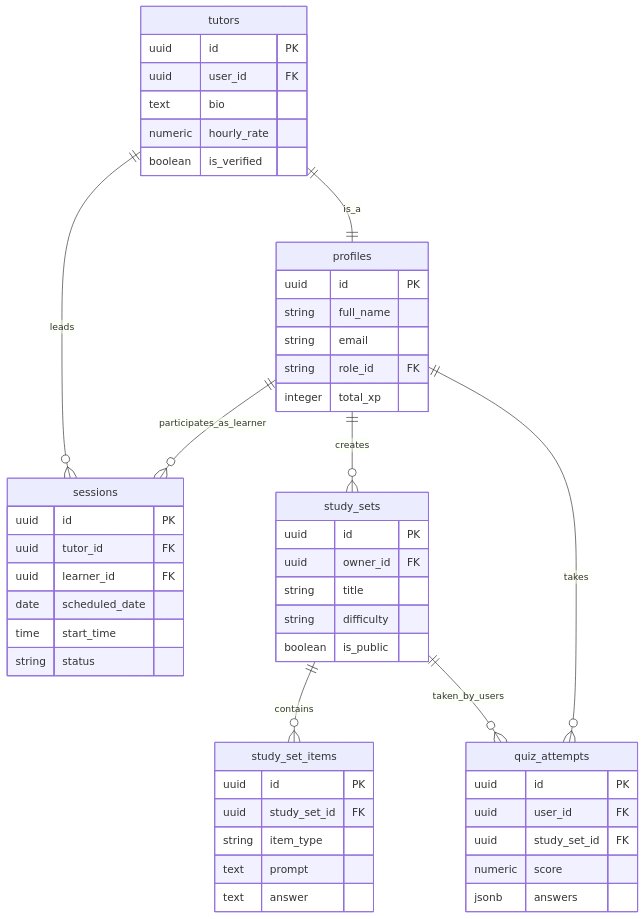
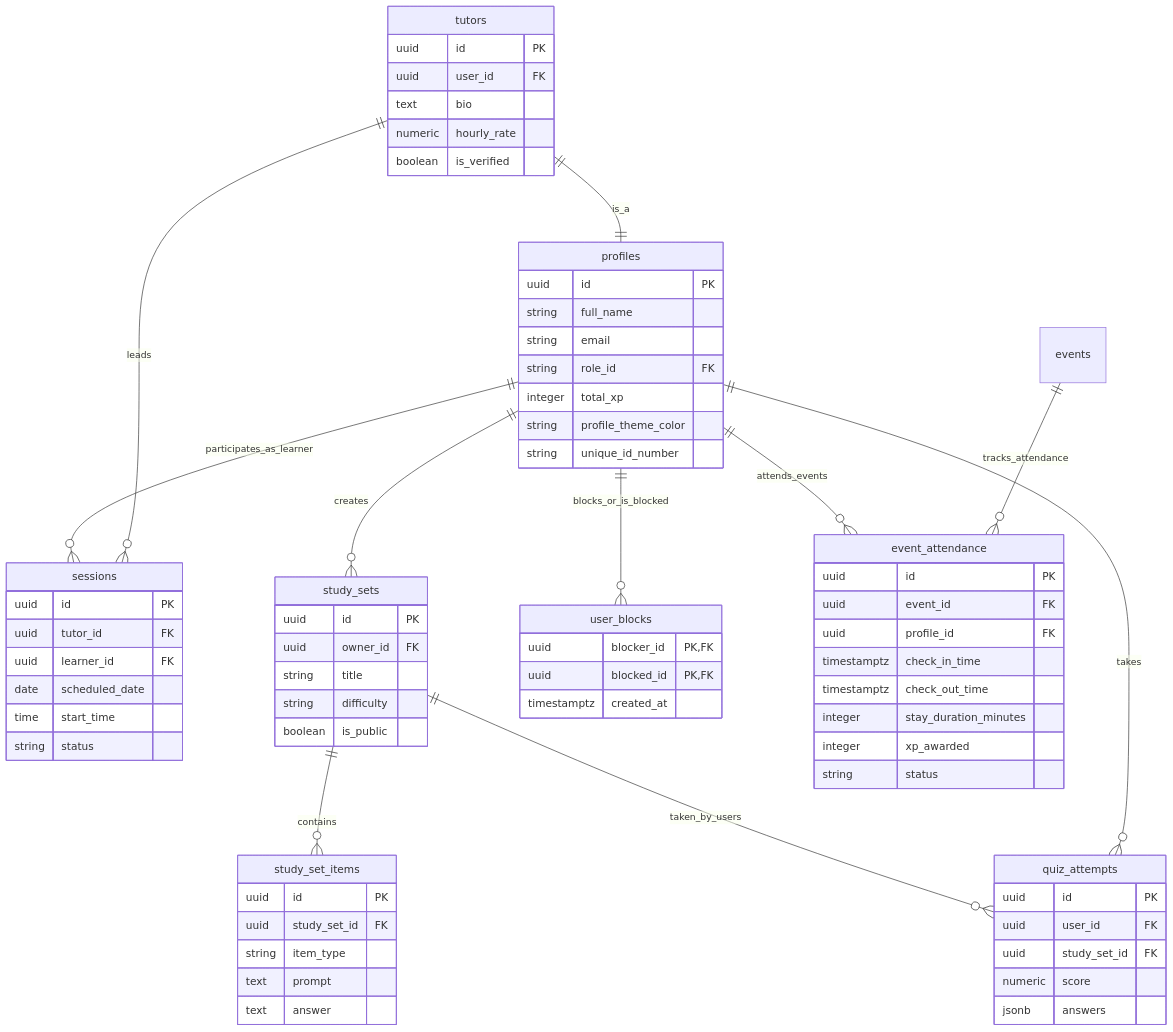
One commit to PerpyVanitas/ScholarMe changed the second of 2 diagrams in docs/architecture.md. Above: the diagram before and after it, drawn with Mermaid. The commit also changed other lines of this file and 5 other files, not shown here.

Commit message:
docs: update comprehensive documentation (CHANGELOG, map, schema, rbac, API, architecture, openapi.json)

````diff
--- a/docs/architecture.md
+++ b/docs/architecture.md
@@ -35,59 +37,81 @@
 ```mermaid
 erDiagram
     profiles ||--o{ sessions : participates_as_learner
     profiles ||--o{ study_sets : creates
+    profiles ||--o{ user_blocks : blocks_or_is_blocked
+    profiles ||--o{ event_attendance : attends_events
     tutors ||--o{ sessions : leads
     tutors ||--|| profiles : is_a
+    events ||--o{ event_attendance : tracks_attendance
     study_sets ||--o{ study_set_items : contains
     study_sets ||--o{ quiz_attempts : taken_by_users
     profiles ||--o{ quiz_attempts : takes
 
     profiles {
         uuid id PK
         string full_name
         string email
         string role_id FK
         integer total_xp
+        string profile_theme_color
+        string unique_id_number
+    }
+
+    user_blocks {
+        uuid blocker_id PK,FK
+        uuid blocked_id PK,FK
+        timestamptz created_at
+    }
+
+    event_attendance {
+        uuid id PK
+        uuid event_id FK
+        uuid profile_id FK
+        timestamptz check_in_time
+        timestamptz check_out_time
+        integer stay_duration_minutes
+        integer xp_awarded
+        string status
     }
 
     tutors {
         uuid id PK
         uuid user_id FK
         text bio
         numeric hourly_rate
         boolean is_verified
     }
 
     sessions {
         uuid id PK
         uuid tutor_id FK
         uuid learner_id FK
         date scheduled_date
         time start_time
         string status
     }
 
     study_sets {
         uuid id PK
         uuid owner_id FK
         string title
         string difficulty
         boolean is_public
     }
 
     study_set_items {
         uuid id PK
         uuid study_set_id FK
         string item_type
         text prompt
         text answer
     }
 
     quiz_attempts {
         uuid id PK
         uuid user_id FK
         uuid study_set_id FK
         numeric score
         jsonb answers
     }
 ```
````
